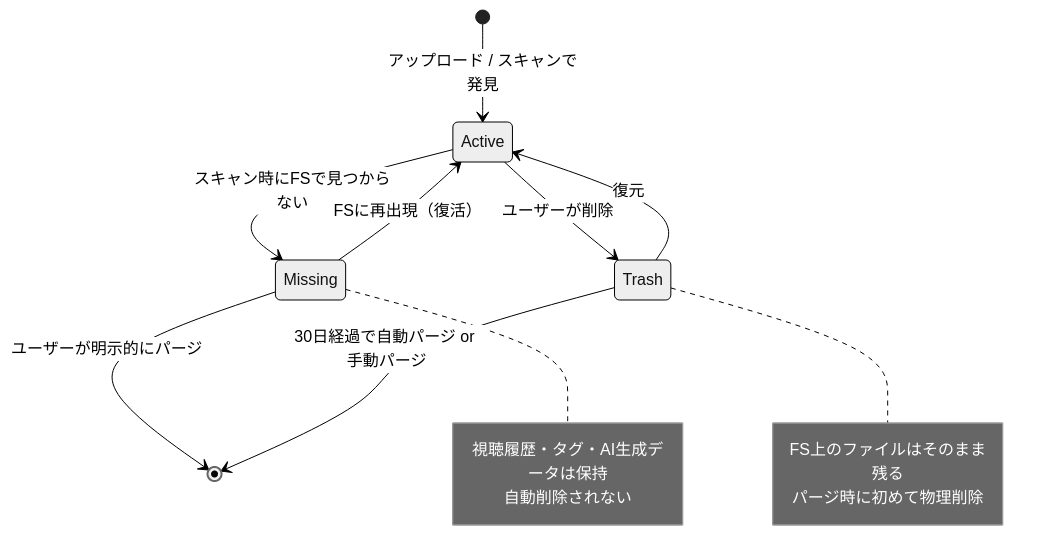
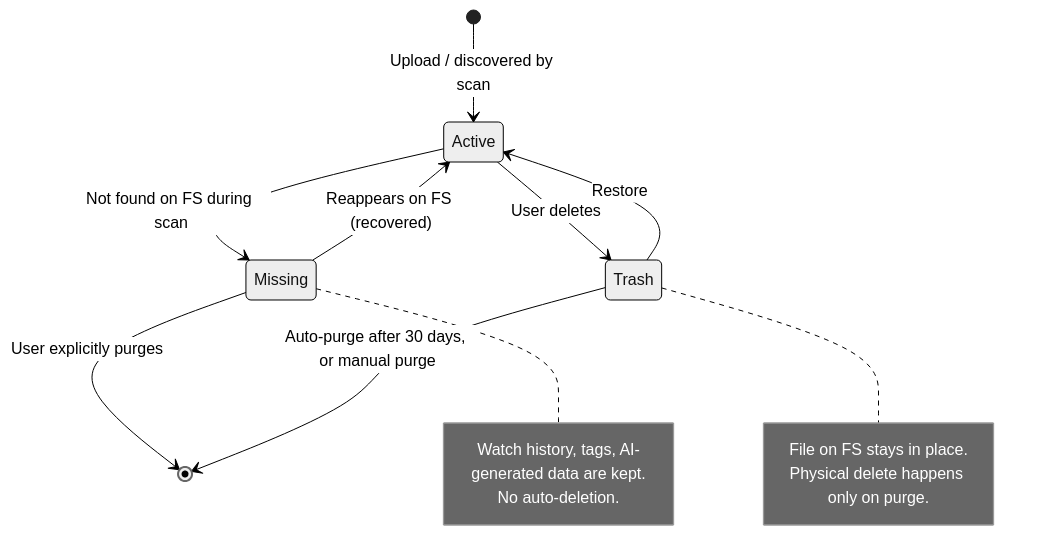
Before and after one commit to mamepenguin/Litloft: the third of 6 diagrams in docs/FEATURE-MAP.md, drawn with Mermaid (neutral theme). The commit also changed other lines of this file and 11 other files, not shown here.

````diff
--- a/docs/FEATURE-MAP.md
+++ b/docs/FEATURE-MAP.md
@@ -120,19 +120,19 @@
 ```mermaid
 stateDiagram-v2
-  [*] --> Active: アップロード / スキャンで発見
-  Active --> Trash: ユーザーが削除
-  Active --> Missing: スキャン時にFSで見つからない
-  Missing --> Active: FSに再出現（復活）
-  Missing --> [*]: ユーザーが明示的にパージ
-  Trash --> Active: 復元
-  Trash --> [*]: 30日経過で自動パージ or 手動パージ
+  [*] --> Active: Upload / discovered by scan
+  Active --> Trash: User deletes
+  Active --> Missing: Not found on FS during scan
+  Missing --> Active: Reappears on FS (recovered)
+  Missing --> [*]: User explicitly purges
+  Trash --> Active: Restore
+  Trash --> [*]: Auto-purge after 30 days, or manual purge
 
   note right of Missing
-    視聴履歴・タグ・AI生成データは保持
-    自動削除されない
+    Watch history, tags, AI-generated data are kept.
+    No auto-deletion.
   end note
   note right of Trash
-    FS上のファイルはそのまま残る
-    パージ時に初めて物理削除
+    File on FS stays in place.
+    Physical delete happens only on purge.
   end note
 ```
````
